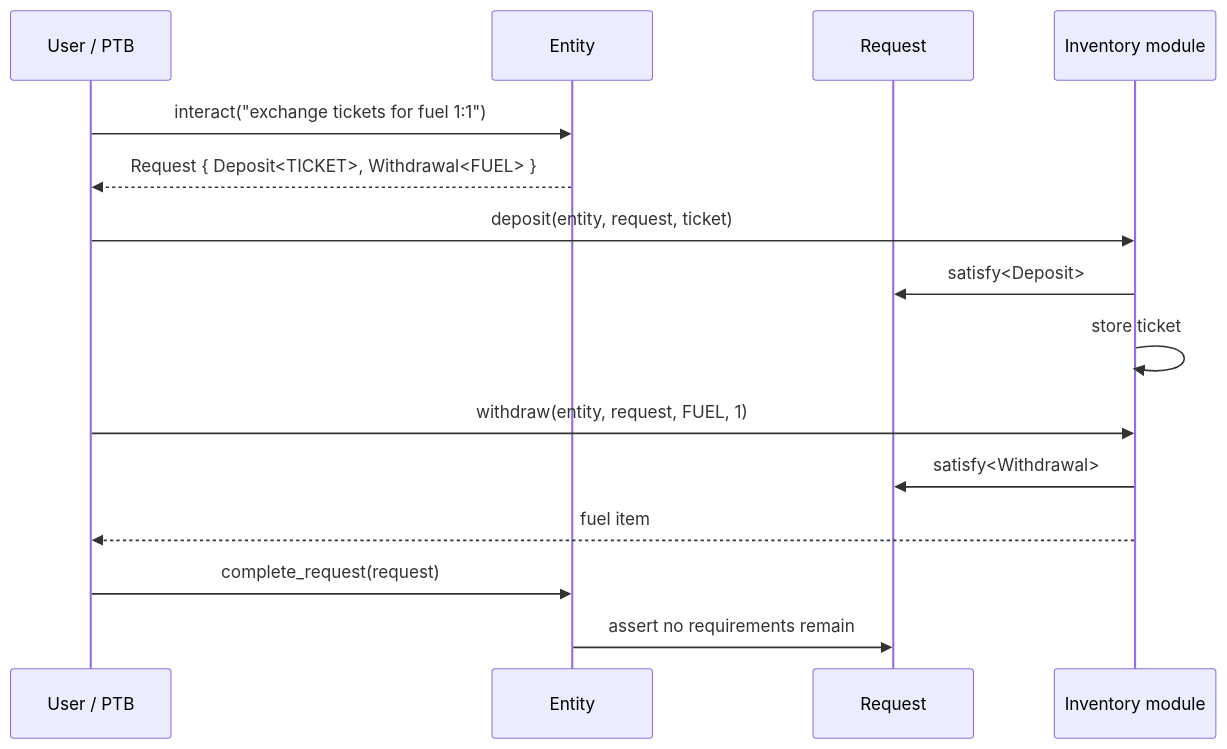
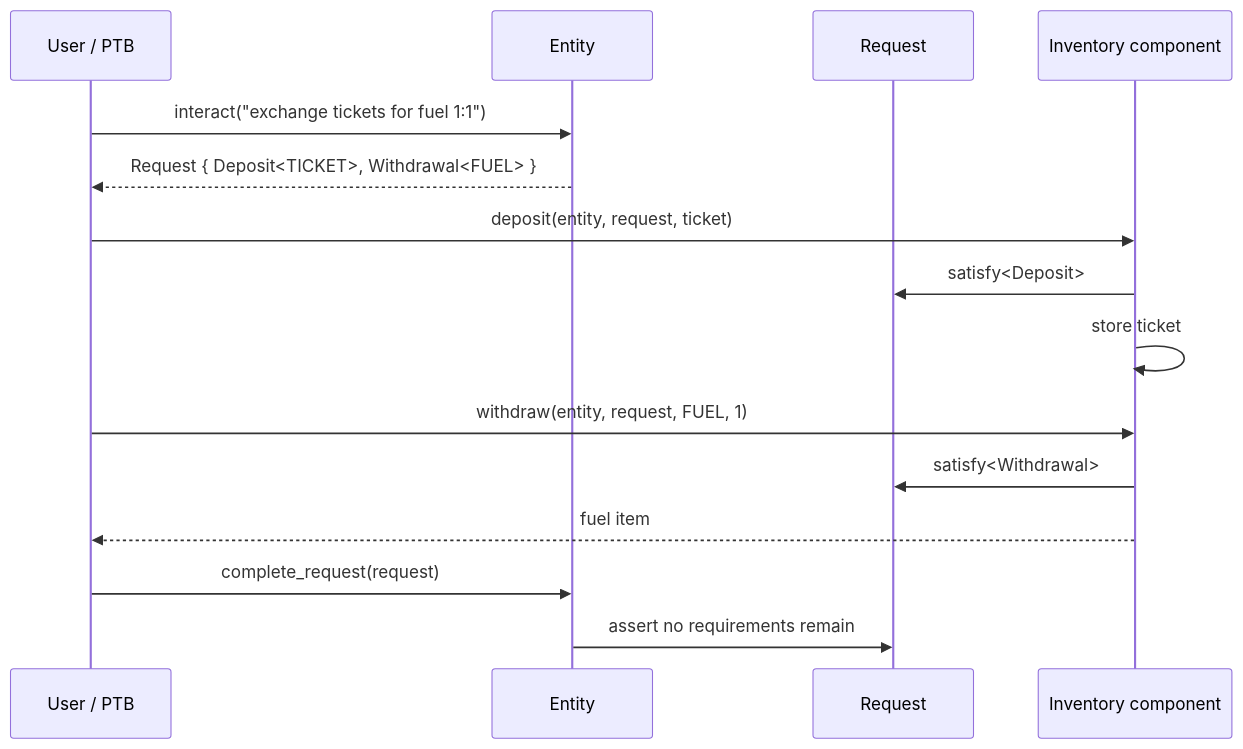
The second of 2 diagrams in docs/adr/0002-modular-architecture.md (evefrontier/world-contracts), drawn with Mermaid before and after one commit. The commit also changed other lines of this file and 37 other files, not shown here.

Commit message:
feat: rename Module to Component to differentiate game modules from on-chain modules

````diff
--- a/docs/adr/0002-modular-architecture.md
+++ b/docs/adr/0002-modular-architecture.md
@@ -271,18 +276,18 @@
 ```mermaid
 sequenceDiagram
     participant User as User / PTB
     participant Entity
     participant Request
-    participant Inventory as Inventory module
+    participant Inventory as Inventory component
 
     User->>Entity: interact("exchange tickets for fuel 1:1")
     Entity-->>User: Request { Deposit<TICKET>, Withdrawal<FUEL> }
     User->>Inventory: deposit(entity, request, ticket)
     Inventory->>Request: satisfy<Deposit>
     Inventory->>Inventory: store ticket
     User->>Inventory: withdraw(entity, request, FUEL, 1)
     Inventory->>Request: satisfy<Withdrawal>
     Inventory-->>User: fuel item
     User->>Entity: complete_request(request)
     Entity->>Request: assert no requirements remain
 ```
````
